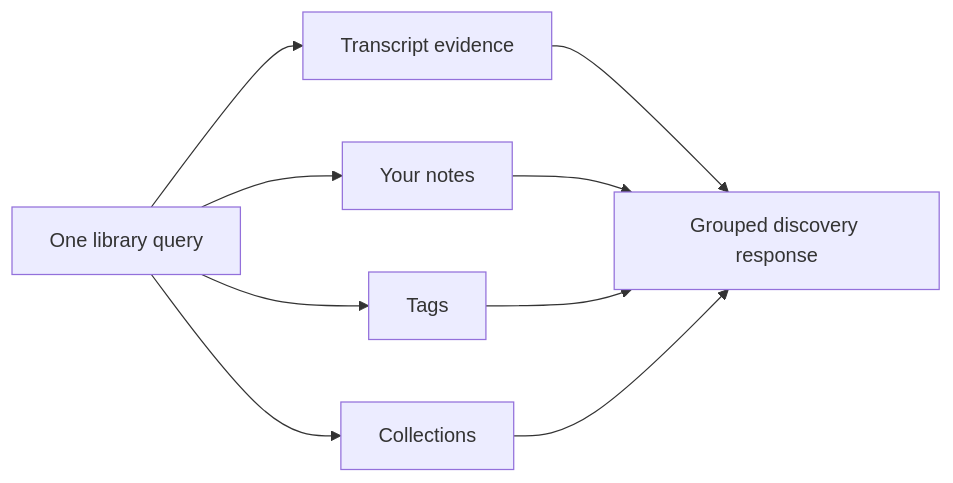
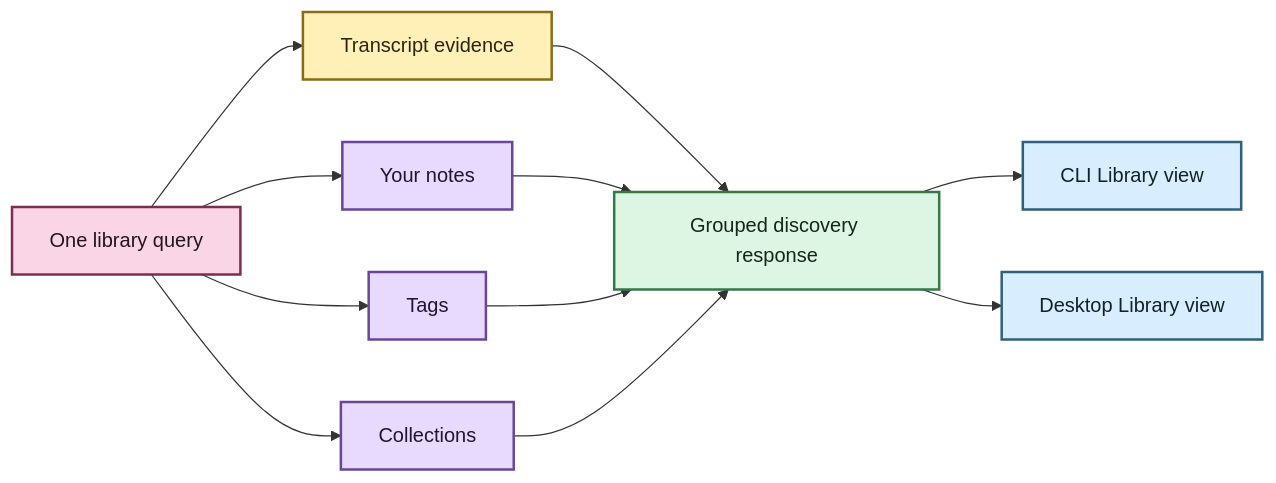
The diagram in docs/library-discovery.md (SSD1805/EchoFlow), drawn with Mermaid before and after one commit. The commit also changed other lines of this file, not shown here.

Commit message:
docs: refresh unified discovery for desktop Library

````diff
--- a/docs/library-discovery.md
+++ b/docs/library-discovery.md
@@ -28,11 +30,25 @@
 ```mermaid
 flowchart LR
     Q[One library query] --> T[Transcript evidence]
     Q --> N[Your notes]
     Q --> G[Tags]
     Q --> C[Collections]
     T --> R[Grouped discovery response]
     N --> R
     G --> R
     C --> R
+    R --> U[CLI Library view]
+    R --> V[Desktop Library view]
+
+    classDef source fill:#F9D5E5,stroke:#7B2E52,stroke-width:2px,color:#22151B
+    classDef process fill:#E8D9FF,stroke:#68469B,stroke-width:2px,color:#1F1630
+    classDef evidence fill:#FFF0B8,stroke:#8A6B18,stroke-width:2px,color:#2C260F
+    classDef view fill:#DDF5E3,stroke:#347A46,stroke-width:2px,color:#142719
+    classDef inspect fill:#D8EEFF,stroke:#2E617B,stroke-width:2px,color:#12222A
+
+    class Q source
+    class T evidence
+    class N,G,C process
+    class R view
+    class U,V inspect
 ```
````
